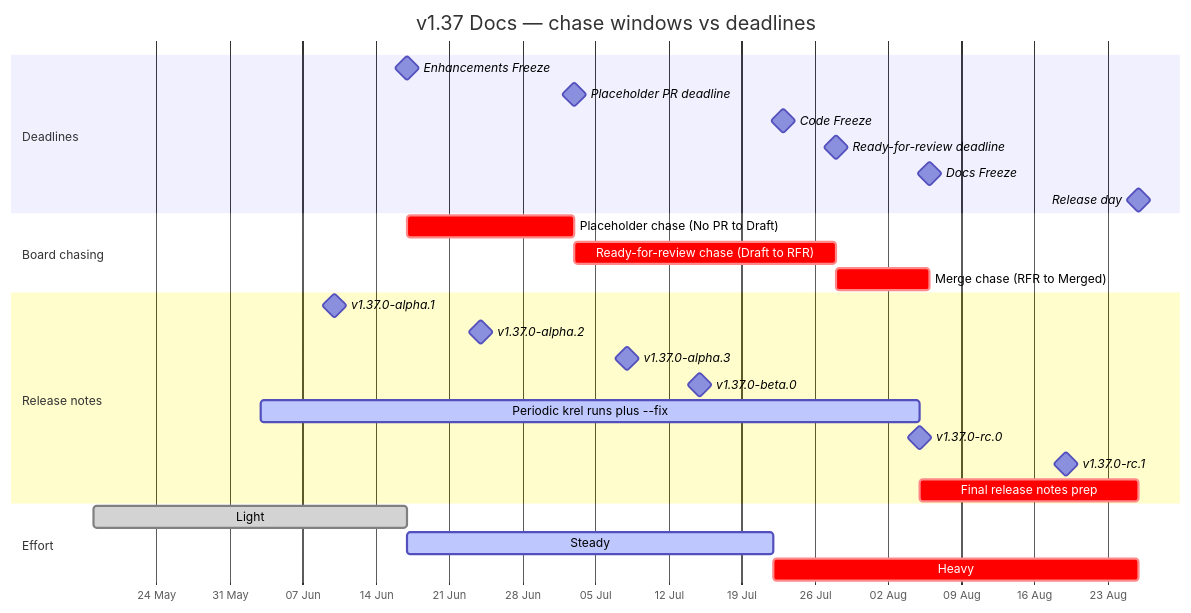
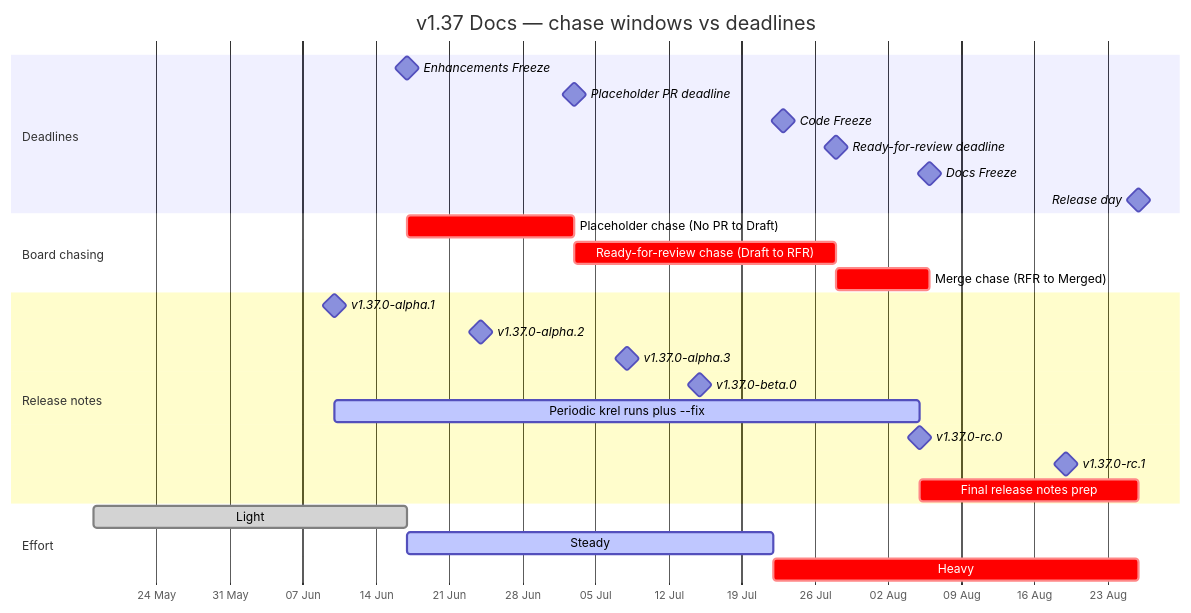
The diagram in v1.37-docs-shadow-runbook.md (kernel-kun/release-team-utils), drawn with Mermaid before and after one commit.

Commit message:
Update date for periodic krel runs

````diff
--- a/v1.37-docs-shadow-runbook.md
+++ b/v1.37-docs-shadow-runbook.md
@@ -133,35 +133,35 @@
 ```mermaid
 gantt
    title v1.37 Docs — chase windows vs deadlines
    dateFormat YYYY-MM-DD
    axisFormat %d %b
 
    section Deadlines
    Enhancements Freeze       :milestone, m1, 2026-06-17, 0d
    Placeholder PR deadline   :milestone, m2, 2026-07-03, 0d
    Code Freeze               :milestone, m3, 2026-07-23, 0d
    Ready-for-review deadline :milestone, m4, 2026-07-28, 0d
    Docs Freeze               :milestone, m5, 2026-08-06, 0d
    Release day               :milestone, m6, 2026-08-26, 0d
 
    section Board chasing
    Placeholder chase (No PR to Draft)    :crit, c1, 2026-06-17, 2026-07-03
    Ready-for-review chase (Draft to RFR) :crit, c2, 2026-07-03, 2026-07-28
    Merge chase (RFR to Merged)           :crit, c3, 2026-07-28, 2026-08-06
 
    section Release notes
 
    v1.37.0-alpha.1 :milestone, n1, 2026-06-10, 0d
    v1.37.0-alpha.2 :milestone, n2, 2026-06-24, 0d
    v1.37.0-alpha.3 :milestone, n3, 2026-07-08, 0d
    v1.37.0-beta.0  :milestone, n4, 2026-07-15, 0d
-   Periodic krel runs plus --fix :active, r1, 2026-06-03, 2026-08-05
+   Periodic krel runs plus --fix :active, r1, 2026-06-10, 2026-08-05
    v1.37.0-rc.0    :milestone, n5, 2026-08-05, 0d
    v1.37.0-rc.1    :milestone, n6, 2026-08-19, 0d
    Final release notes prep      :crit, r2, 2026-08-05, 2026-08-26
 
    section Effort
    Light    :done, e1, 2026-05-18, 2026-06-17
    Steady   :active, e2, 2026-06-17, 2026-07-22
    Heavy    :crit, e3, 2026-07-22, 2026-08-26
 ```
````
